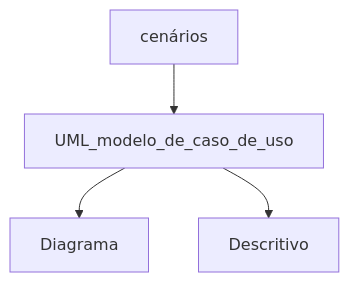
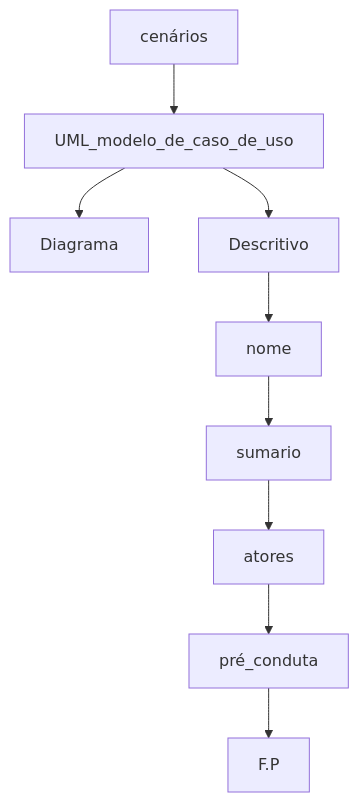
Before and after one commit to vanessacezarn/3_Semestre: the second of 2 diagrams in Engenharia e Requisitos de Software/aula_08 09.04.md, drawn with Mermaid.

Commit message:
Update aula_08 09.04.md

````diff
--- a/Engenharia e Requisitos de Software/aula_08 09.04.md
+++ b/Engenharia e Requisitos de Software/aula_08 09.04.md
@@ -14,6 +14,13 @@
 ```mermaid
 graph TD;
 cenários --> UML_modelo_de_caso_de_uso;
 UML_modelo_de_caso_de_uso --> Diagrama;
 UML_modelo_de_caso_de_uso --> Descritivo;
+Descritivo --> nome;
+nome--> sumario;
+sumario --> atores;
+atores --> pré_conduta;
+pré_conduta --> F.P;
+
+
 ```
````
